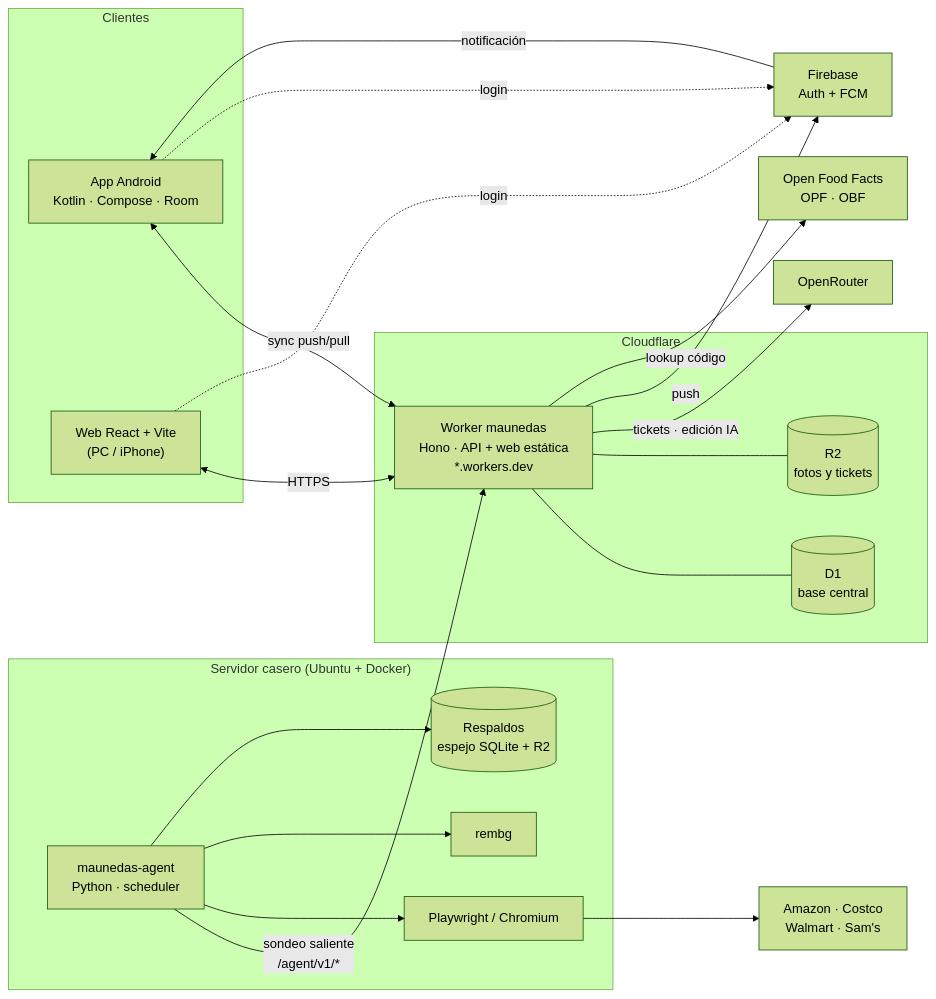
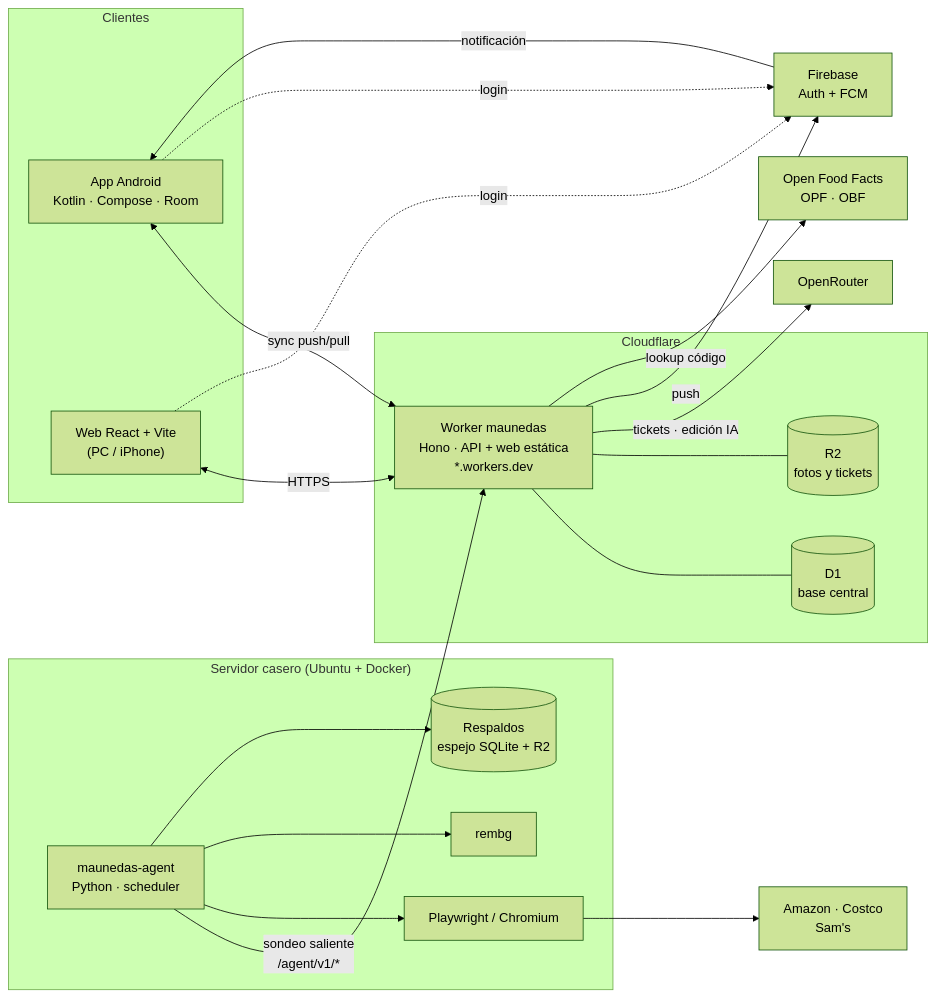
The diagram in docs/ARQUITECTURA.md (MauBautista/ahorrando-maunedas), drawn with Mermaid (forest theme) before and after one commit. The commit also changed other lines of this file and 8 other files, not shown here.

````diff
--- a/docs/ARQUITECTURA.md
+++ b/docs/ARQUITECTURA.md
@@ -9,40 +9,40 @@
 ```mermaid
 flowchart LR
   subgraph Clientes
     APP["App Android<br/>Kotlin · Compose · Room"]
     WEB["Web React + Vite<br/>(PC / iPhone)"]
   end
 
   subgraph CF["Cloudflare"]
     API["Worker maunedas<br/>Hono · API + web estática<br/>*.workers.dev"]
     D1[("D1<br/>base central")]
     R2[("R2<br/>fotos y tickets")]
   end
 
   subgraph CASA["Servidor casero (Ubuntu + Docker)"]
     AG["maunedas-agent<br/>Python · scheduler"]
     PW["Playwright / Chromium"]
     RB["rembg"]
     BK[("Respaldos<br/>espejo SQLite + R2")]
   end
 
   FB["Firebase<br/>Auth + FCM"]
   OR["OpenRouter"]
   OFF["Open Food Facts<br/>OPF · OBF"]
-  TIENDAS["Amazon · Costco<br/>Walmart · Sam's"]
+  TIENDAS["Amazon · Costco<br/>Sam's"]
 
   APP <-->|"sync push/pull"| API
   WEB <-->|"HTTPS"| API
   API --- D1
   API --- R2
   AG -->|"sondeo saliente<br/>/agent/v1/*"| API
   AG --> PW --> TIENDAS
   AG --> RB
   AG --> BK
   API -->|"tickets · edición IA"| OR
   API -->|"push"| FB
   FB -->|"notificación"| APP
   API -->|"lookup código"| OFF
   APP -.->|"login"| FB
   WEB -.->|"login"| FB
 ```
````
